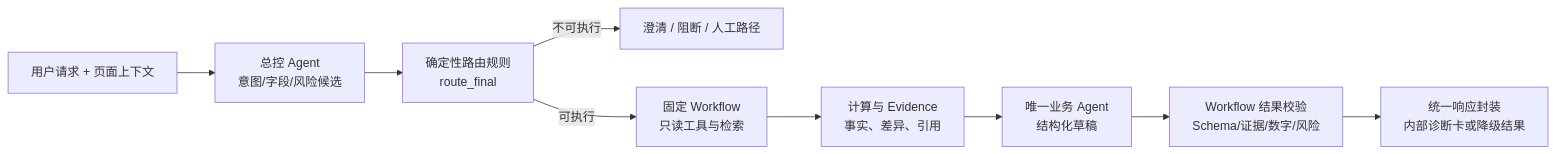
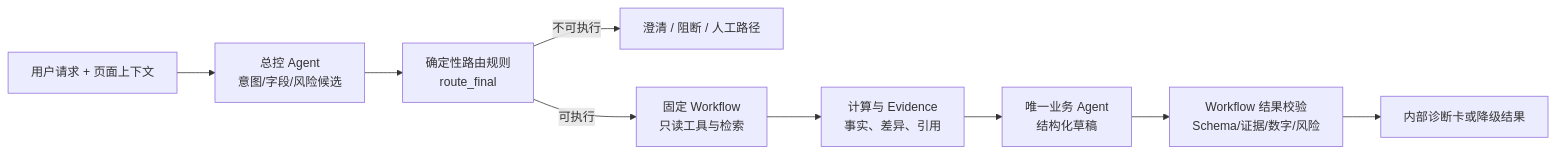
Before and after one commit to linkaka970105/ai-pm-adops-copilot: the first of 6 diagrams in 03_prd/adops_attribution_layered_prd_v5/03-implementation.md, drawn with Mermaid. The commit also changed other lines of this file and 3 other files, not shown here.

````diff
--- a/03_prd/adops_attribution_layered_prd_v5/03-implementation.md
+++ b/03_prd/adops_attribution_layered_prd_v5/03-implementation.md
@@ -68,11 +68,11 @@
 ```mermaid
 flowchart LR
   U["用户请求 + 页面上下文"] --> M["总控 Agent\n意图/字段/风险候选"]
   M --> R["确定性路由规则\nroute_final"]
   R -->|不可执行| B["澄清 / 阻断 / 人工路径"]
   R -->|可执行| W["固定 Workflow\n只读工具与检索"]
   W --> E["计算与 Evidence\n事实、差异、引用"]
   E --> A["唯一业务 Agent\n结构化草稿"]
   A --> G["Workflow 结果校验\nSchema/证据/数字/风险"]
-  G --> O["统一响应封装\n内部诊断卡或降级结果"]
+  G --> O["内部诊断卡或降级结果"]
 ```
````
